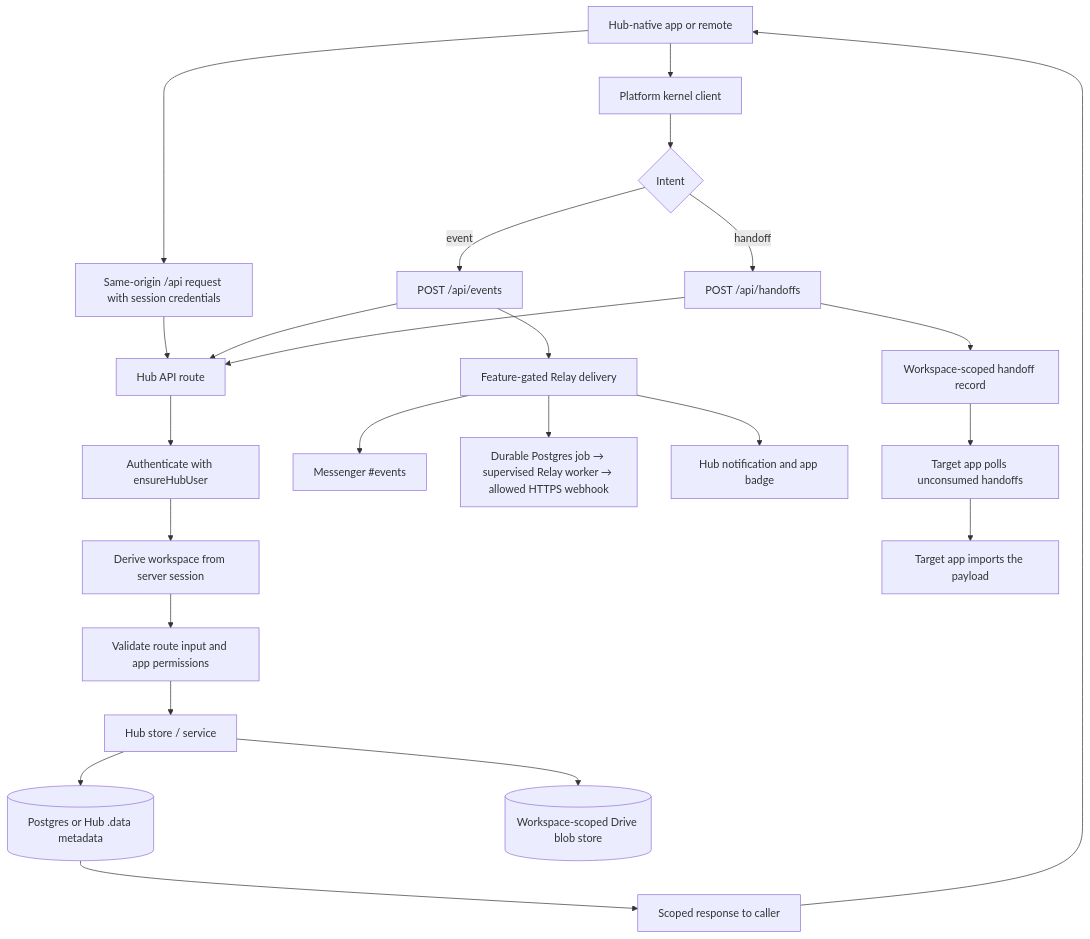
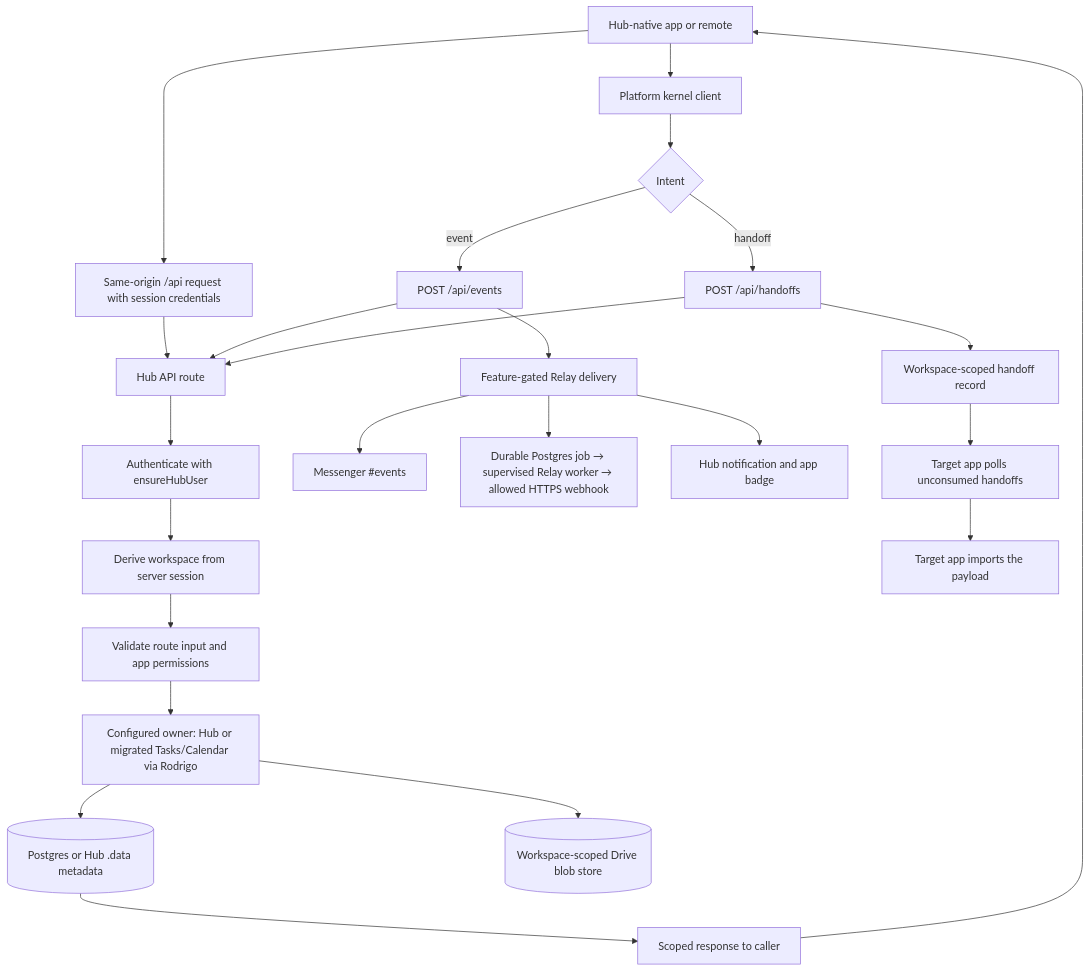
Before and after one commit to Adam-Szitas/sorye: the second of 7 diagrams in docs/APP-BEHAVIOR-TREE.md, drawn with Mermaid. The commit also changed other lines of this file and 27 other files, not shown here.

````diff
--- a/docs/APP-BEHAVIOR-TREE.md
+++ b/docs/APP-BEHAVIOR-TREE.md
@@ -45,28 +45,28 @@
 ```mermaid
 flowchart TD
     App[Hub-native app or remote] --> Request[Same-origin /api request with session credentials]
     App --> Kernel[Platform kernel client]
     Kernel --> EventOrHandoff{Intent}
     EventOrHandoff -->|event| Events[POST /api/events]
     EventOrHandoff -->|handoff| Handoffs[POST /api/handoffs]
     Request --> API[Hub API route]
 
     Events --> API
     Handoffs --> API
     API --> Auth[Authenticate with ensureHubUser]
     Auth --> Scope[Derive workspace from server session]
     Scope --> Validate[Validate route input and app permissions]
-    Validate --> Store[Hub store / service]
+    Validate --> Store[Configured owner: Hub or migrated Tasks/Calendar via Rodrigo]
     Store --> Durable[(Postgres or Hub .data metadata)]
     Store --> BlobStore[(Workspace-scoped Drive blob store)]
     Durable --> Result[Scoped response to caller]
     Result --> App
 
     Events --> Relay[Feature-gated Relay delivery]
     Relay --> Messenger[Messenger #events]
     Relay --> Webhook[Durable Postgres job → supervised Relay worker → allowed HTTPS webhook]
     Relay --> Notice[Hub notification and app badge]
     Handoffs --> Queue[Workspace-scoped handoff record]
     Queue --> Poll[Target app polls unconsumed handoffs]
     Poll --> Target[Target app imports the payload]
 ```
````
